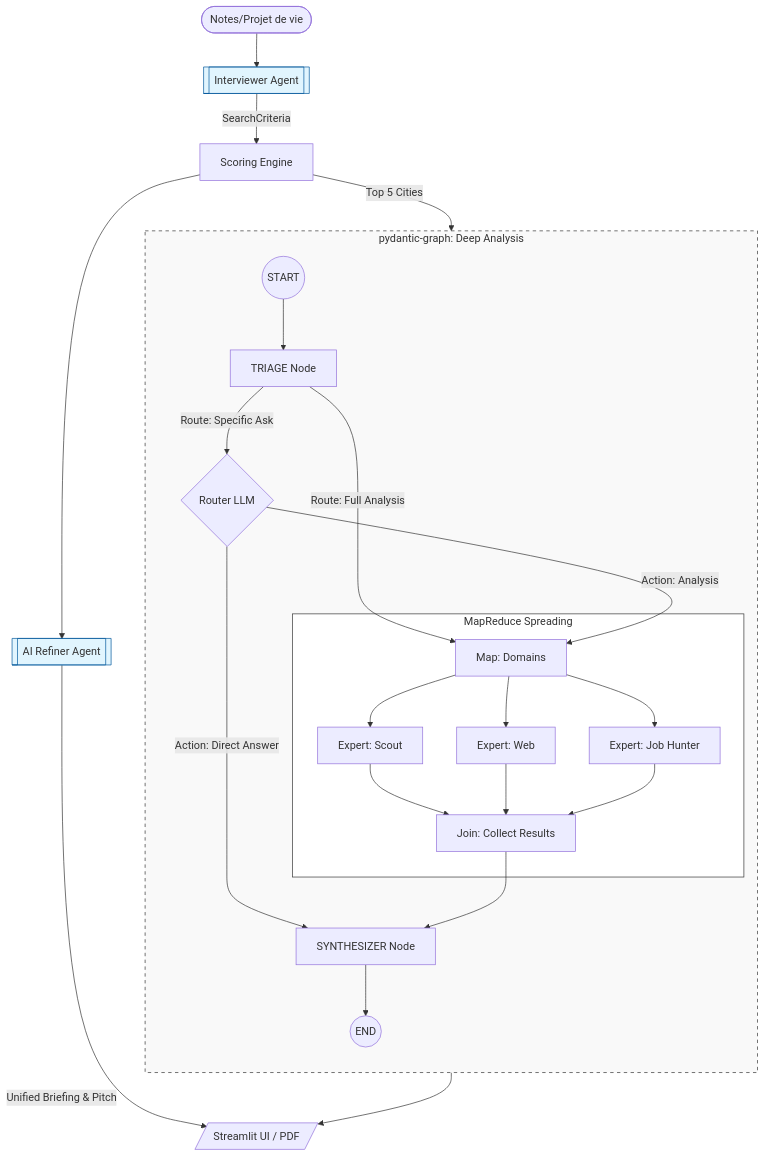
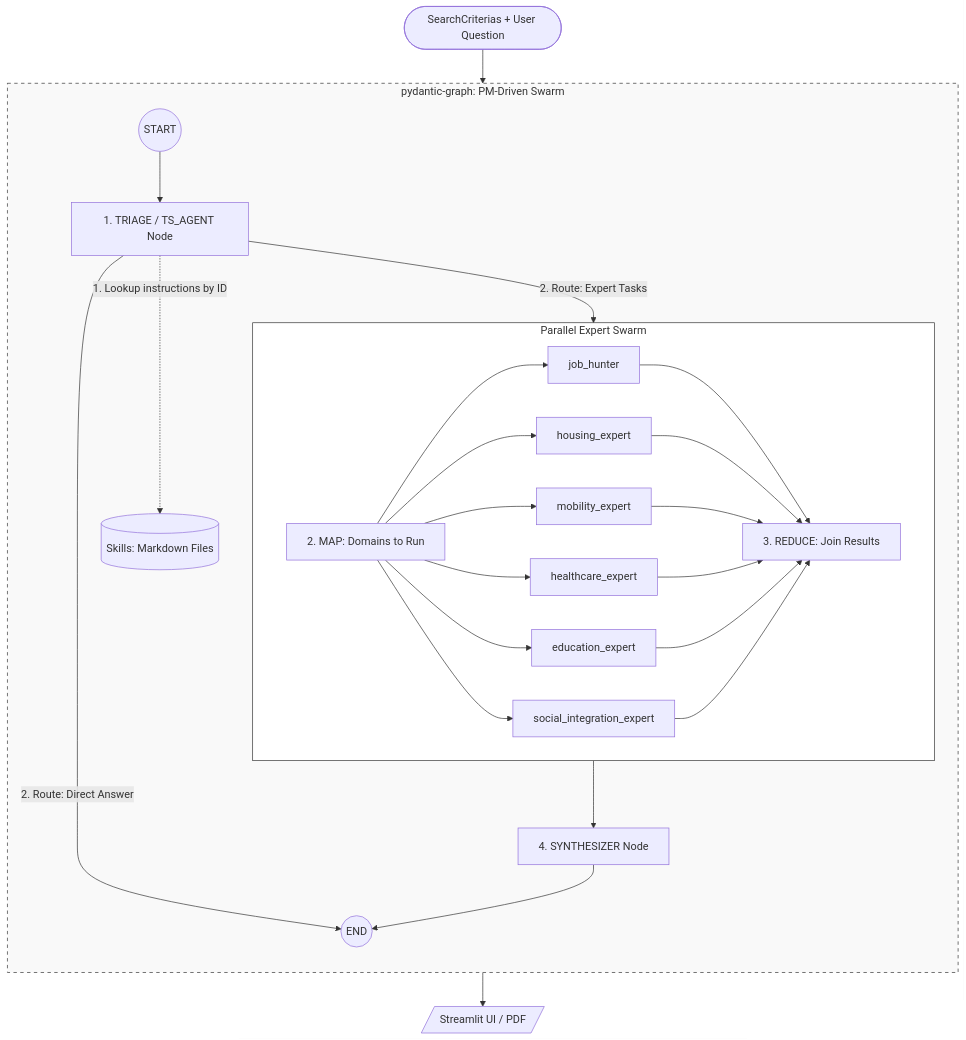
Before and after one commit to jbesan/13_odis_stream2: the diagram in app/agents/GRAPH_ARCHITECTURE.md, drawn with Mermaid. The commit also changed other lines of this file and 50 other files, not shown here.

````diff
--- a/app/agents/GRAPH_ARCHITECTURE.md
+++ b/app/agents/GRAPH_ARCHITECTURE.md
@@ -9,35 +9,34 @@
 ```mermaid
 graph TD
-    Input([Notes/Projet de vie]) --> Interviewer[[Interviewer Agent]]
-    Interviewer -->|SearchCriteria| Engine[Scoring Engine]
-    Engine -->|Top 5 Cities| Graph
+    Input([SearchCriterias + User Question]) --> Graph
     
-    subgraph Graph [pydantic-graph: Deep Analysis]
+    subgraph Graph [pydantic-graph: PM-Driven Swarm]
         direction TB
-        GStart((START)) --> Triage[TRIAGE Node]
-        Triage -->|Route: Specific Ask| Router{Router LLM}
-        Triage -->|Route: Full Analysis| Map[Map: Domains]
+        GStart((START)) --> Triage[1. TRIAGE / TS_AGENT Node]
         
-        Router -->|Action: Analysis| Map
-        Router -->|Action: Direct Answer| Synth[SYNTHESIZER Node]
+        %% PM Planning / Routing
+        Triage -.->|1. Lookup instructions by ID| Db[(Skills: Markdown Files)]
+        Triage -->|2. Route: Direct Answer| GEnd((END))
+        Triage -->|2. Route: Expert Tasks| Map[2. MAP: Domains to Run]
         
-        subgraph Parallel [MapReduce Spreading]
-            Map --> S[Expert: Scout]
-            Map --> W[Expert: Web]
-            Map --> J[Expert: Job Hunter]
-            S & W & J --> Join[Join: Collect Results]
+        subgraph ParallelSwarm [Parallel Expert Swarm]
+            direction LR
+            Map --> JH[job_hunter]
+            Map --> HE[housing_expert]
+            Map --> ME[mobility_expert]
+            Map --> HC[healthcare_expert]
+            Map --> EE[education_expert]
+            Map --> SI[social_integration_expert]
+            
+            JH & HE & ME & HC & EE & SI --> Join[3. REDUCE: Join Results]
         end
         
-        Join --> Synth
-        Synth --> GEnd((END))
+        Join --> Synth[4. SYNTHESIZER Node]
+        Synth --> GEnd
     end
     
-    Engine --> Refiner[[AI Refiner Agent]]
     GEnd --> UI[/Streamlit UI / PDF/]
-    Refiner -->|Unified Briefing & Pitch| UI
     
     style Graph fill:#f9f9f9,stroke:#333,stroke-dasharray: 5 5
-    style Interviewer fill:#e1f5fe,stroke:#01579b
-    style Refiner fill:#e1f5fe,stroke:#01579b
-    style Parallel fill:#fff,stroke:#333
+    style ParallelSwarm fill:#fff,stroke:#333
 ```
````
